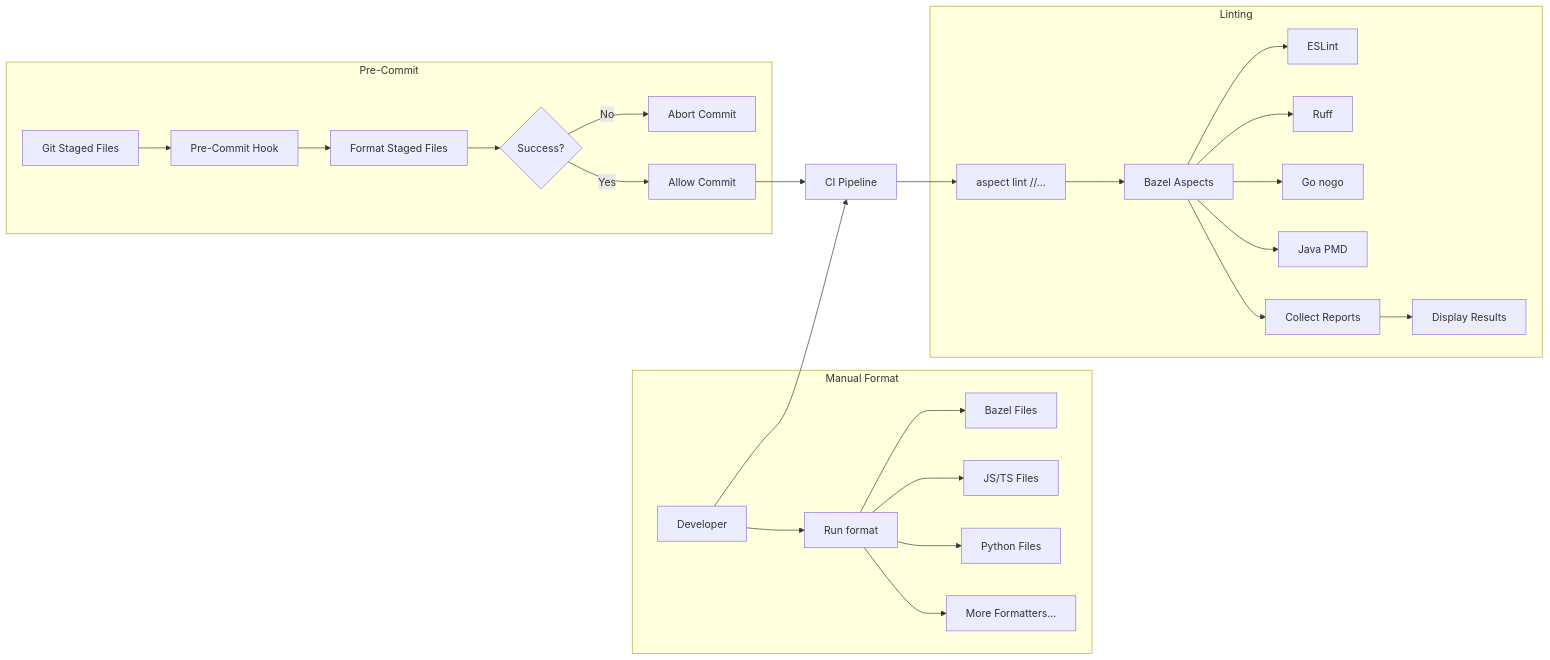
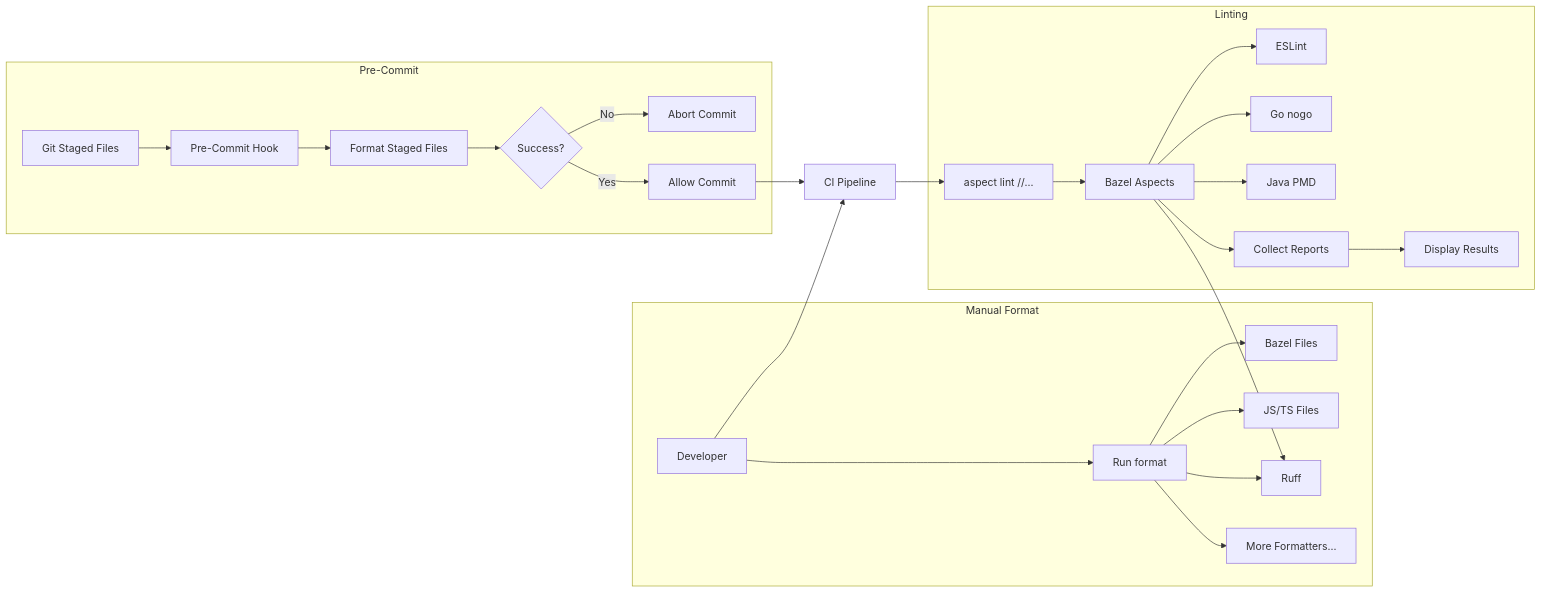
One commit to VitruvianSoftware/aspect-workflows-template changed diagram 12 of 17 in docs/diagrams.md. Above: the diagram before and after it, drawn with Mermaid. The commit also changed other lines of this file and 26 other files, not shown here.

````diff
--- a/docs/diagrams.md
+++ b/docs/diagrams.md
@@ -434,32 +434,32 @@
 ```mermaid
 flowchart LR
     subgraph "Pre-Commit"
         Stage[Git Staged Files] --> PreHook[Pre-Commit Hook]
         PreHook --> FormatStaged[Format Staged Files]
         FormatStaged --> Success{Success?}
         Success -->|No| Abort[Abort Commit]
         Success -->|Yes| Allow[Allow Commit]
     end
     
     subgraph "Manual Format"
         Manual[Developer] --> FormatCmd[Run format]
         FormatCmd --> Buildifier[Bazel Files]
         FormatCmd --> Prettier[JS/TS Files]
-        FormatCmd --> Black[Python Files]
+        FormatCmd --> Ruff[Python Files]
         FormatCmd --> More[More Formatters...]
     end
     
     subgraph "Linting"
         LintCmd[aspect lint //...] --> Aspect[Bazel Aspects]
         Aspect --> ESLint[ESLint]
         Aspect --> Ruff[Ruff]
         Aspect --> Nogo[Go nogo]
         Aspect --> PMD[Java PMD]
         Aspect --> Reports[Collect Reports]
         Reports --> Display[Display Results]
     end
     
     Allow --> CI[CI Pipeline]
     Manual --> CI
     CI --> LintCmd
 ```
````
